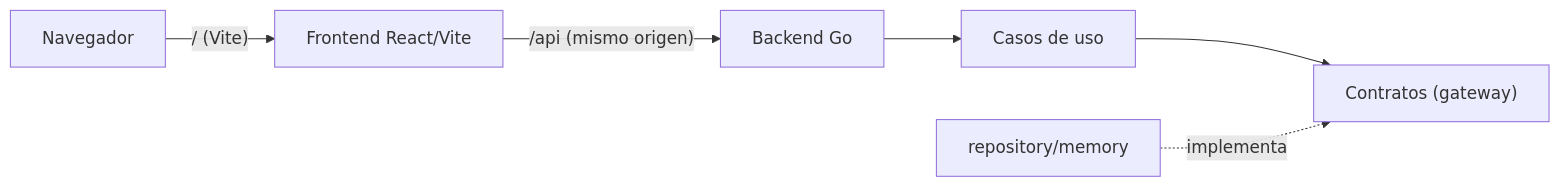
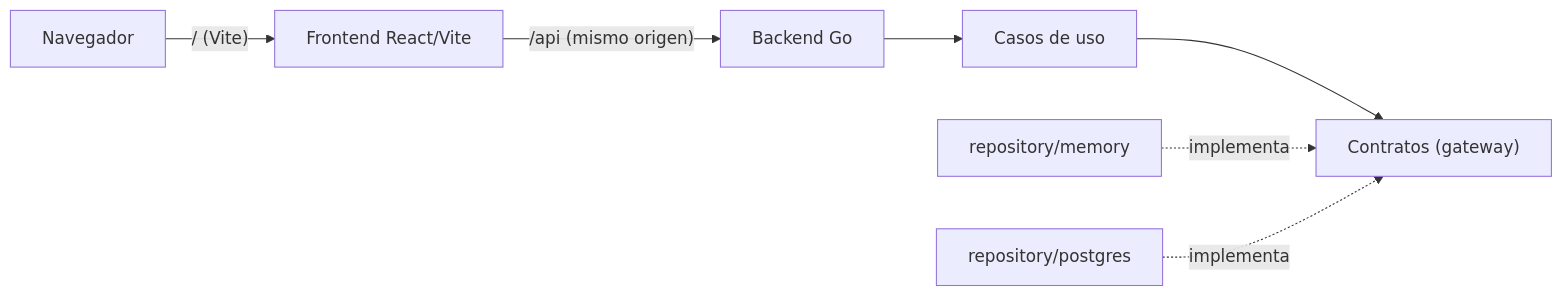
The first of 2 diagrams in docs/architecture.md (juanmantovani/Market), drawn with Mermaid before and after one commit. The commit also changed other lines of this file and 3 other files, not shown here.

````diff
--- a/docs/architecture.md
+++ b/docs/architecture.md
@@ -12,8 +12,9 @@
 ```mermaid
 flowchart LR
     browser["Navegador"] -->|"/ (Vite)"| frontend["Frontend React/Vite"]
     frontend -->|"/api (mismo origen)"| backend["Backend Go"]
     backend --> usecases["Casos de uso"]
     usecases --> gateway["Contratos (gateway)"]
     memory["repository/memory"] -.implementa.-> gateway
+    postgres["repository/postgres"] -.implementa.-> gateway
 ```
````
